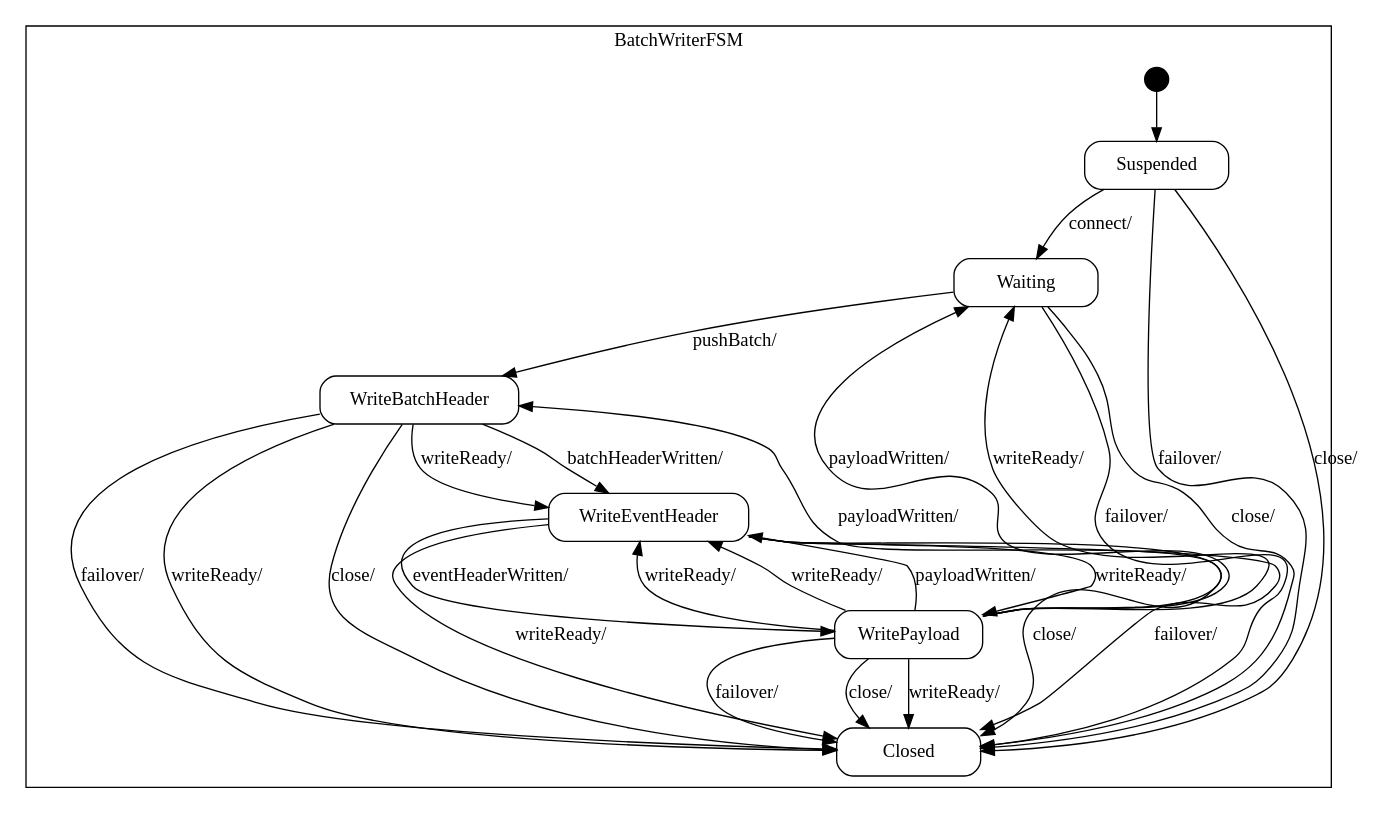
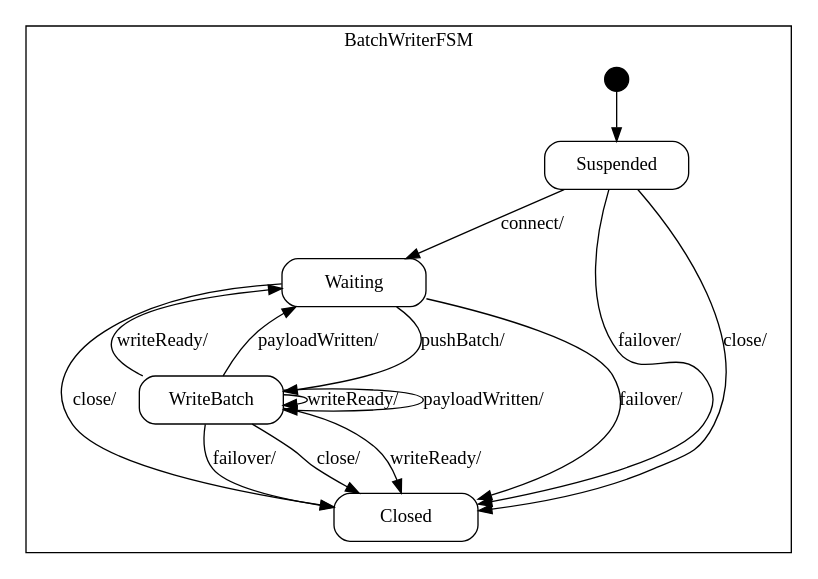
The diagram in producer/doc/BatchWriter_sm.dot (vmehra-sfdc/Ouroboros), drawn with Graphviz before and after one commit. The commit also changed 13 other files, not shown here.

Commit message:
Rejigger batch writer to write out true batches rather than the cheesy dribbling POS I had previously.  Temporarily disable rate limiter until I get good parameters.  Cluster integration test now runs sources in parallel.

```diff
--- a/producer/doc/BatchWriter_sm.dot
+++ b/producer/doc/BatchWriter_sm.dot
@@ -1,117 +1,75 @@
 digraph BatchWriter {
 
     node
         [shape=Mrecord width=1.5];
 
     subgraph cluster_BatchWriterFSM {
 
         label="BatchWriterFSM";
 
         //
         // States (Nodes)
         //
 
         "BatchWriterFSM::Suspended"
             [label="{Suspended}"];
 
         "BatchWriterFSM::Waiting"
             [label="{Waiting}"];
 
-        "BatchWriterFSM::WriteBatchHeader"
-            [label="{WriteBatchHeader}"];
-
-        "BatchWriterFSM::WriteEventHeader"
-            [label="{WriteEventHeader}"];
-
-        "BatchWriterFSM::WritePayload"
-            [label="{WritePayload}"];
+        "BatchWriterFSM::WriteBatch"
+            [label="{WriteBatch}"];
 
         "BatchWriterFSM::Closed"
             [label="{Closed}"];
 
         "%start"
             [label="" shape=circle style=filled fillcolor=black width=0.25];
 
         //
         // Transitions (Edges)
         //
 
         "BatchWriterFSM::Suspended" -> "BatchWriterFSM::Waiting"
             [label="connect/\l"];
 
         "BatchWriterFSM::Suspended" -> "BatchWriterFSM::Closed"
             [label="failover/\l"];
 
         "BatchWriterFSM::Suspended" -> "BatchWriterFSM::Closed"
             [label="close/\l"];
 
-        "BatchWriterFSM::Waiting" -> "BatchWriterFSM::WriteBatchHeader"
+        "BatchWriterFSM::Waiting" -> "BatchWriterFSM::WriteBatch"
             [label="pushBatch/\l"];
 
         "BatchWriterFSM::Waiting" -> "BatchWriterFSM::Closed"
             [label="failover/\l"];
 
         "BatchWriterFSM::Waiting" -> "BatchWriterFSM::Closed"
             [label="close/\l"];
 
-        "BatchWriterFSM::WriteBatchHeader" -> "BatchWriterFSM::Closed"
+        "BatchWriterFSM::WriteBatch" -> "BatchWriterFSM::Closed"
             [label="writeReady/\l"];
 
-        "BatchWriterFSM::WriteBatchHeader" -> "BatchWriterFSM::WriteEventHeader"
+        "BatchWriterFSM::WriteBatch" -> "BatchWriterFSM::WriteBatch"
             [label="writeReady/\l"];
 
-        "BatchWriterFSM::WriteBatchHeader" -> "BatchWriterFSM::WriteEventHeader"
-            [label="batchHeaderWritten/\l"];
+        "BatchWriterFSM::WriteBatch" -> "BatchWriterFSM::Waiting"
+            [label="writeReady/\l"];
 
-        "BatchWriterFSM::WriteBatchHeader" -> "BatchWriterFSM::Closed"
+        "BatchWriterFSM::WriteBatch" -> "BatchWriterFSM::WriteBatch"
+            [label="payloadWritten/\l"];
+
+        "BatchWriterFSM::WriteBatch" -> "BatchWriterFSM::Waiting"
+            [label="payloadWritten/\l"];
+
+        "BatchWriterFSM::WriteBatch" -> "BatchWriterFSM::Closed"
             [label="failover/\l"];
 
-        "BatchWriterFSM::WriteBatchHeader" -> "BatchWriterFSM::Closed"
-            [label="close/\l"];
-
-        "BatchWriterFSM::WriteEventHeader" -> "BatchWriterFSM::Closed"
-            [label="writeReady/\l"];
-
-        "BatchWriterFSM::WriteEventHeader" -> "BatchWriterFSM::WritePayload"
-            [label="writeReady/\l"];
-
-        "BatchWriterFSM::WriteEventHeader" -> "BatchWriterFSM::WritePayload"
-            [label="eventHeaderWritten/\l"];
-
-        "BatchWriterFSM::WriteEventHeader" -> "BatchWriterFSM::Closed"
-            [label="failover/\l"];
-
-        "BatchWriterFSM::WriteEventHeader" -> "BatchWriterFSM::Closed"
-            [label="close/\l"];
-
-        "BatchWriterFSM::WritePayload" -> "BatchWriterFSM::Closed"
-            [label="writeReady/\l"];
-
-        "BatchWriterFSM::WritePayload" -> "BatchWriterFSM::WriteEventHeader"
-            [label="writeReady/\l"];
-
-        "BatchWriterFSM::WritePayload" -> "BatchWriterFSM::WriteEventHeader"
-            [label="writeReady/\l"];
-
-        "BatchWriterFSM::WritePayload" -> "BatchWriterFSM::Waiting"
-            [label="writeReady/\l"];
-
-        "BatchWriterFSM::WritePayload" -> "BatchWriterFSM::WriteEventHeader"
-            [label="payloadWritten/\l"];
-
-        "BatchWriterFSM::WritePayload" -> "BatchWriterFSM::WriteBatchHeader"
-            [label="payloadWritten/\l"];
-
-        "BatchWriterFSM::WritePayload" -> "BatchWriterFSM::Waiting"
-            [label="payloadWritten/\l"];
-
-        "BatchWriterFSM::WritePayload" -> "BatchWriterFSM::Closed"
-            [label="failover/\l"];
-
-        "BatchWriterFSM::WritePayload" -> "BatchWriterFSM::Closed"
+        "BatchWriterFSM::WriteBatch" -> "BatchWriterFSM::Closed"
             [label="close/\l"];
 
         "%start" -> "BatchWriterFSM::Suspended"
     }
 
 }
```
